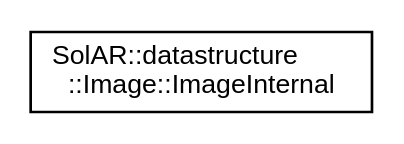
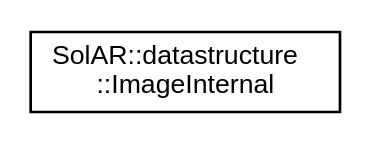
One commit to SolarFramework/solarframework.github.io changed the diagram in api_documentation/inherit_graph_19.dot. Above: the diagram before and after it, drawn with Graphviz. The commit also changed 289 other files, not shown here.

```diff
--- a/api_documentation/inherit_graph_19.dot
+++ b/api_documentation/inherit_graph_19.dot
@@ -1,8 +1,8 @@
 digraph "Graphical Class Hierarchy"
 {
  // LATEX_PDF_SIZE
   edge [fontname="Helvetica",fontsize="10",labelfontname="Helvetica",labelfontsize="10"];
   node [fontname="Helvetica",fontsize="10",shape=record];
   rankdir="LR";
-  Node0 [label="SolAR::datastructure\l::Image::ImageInternal",height=0.2,width=0.4,color="black", fillcolor="white", style="filled",URL="$class_sol_a_r_1_1datastructure_1_1_image_1_1_image_internal.html",tooltip="A 2D image buffer.."];
+  Node0 [label="SolAR::datastructure\l::ImageInternal",height=0.2,width=0.4,color="black", fillcolor="white", style="filled",URL="$class_sol_a_r_1_1datastructure_1_1_image_internal.html",tooltip="A 2D image buffer.."];
 }
```
